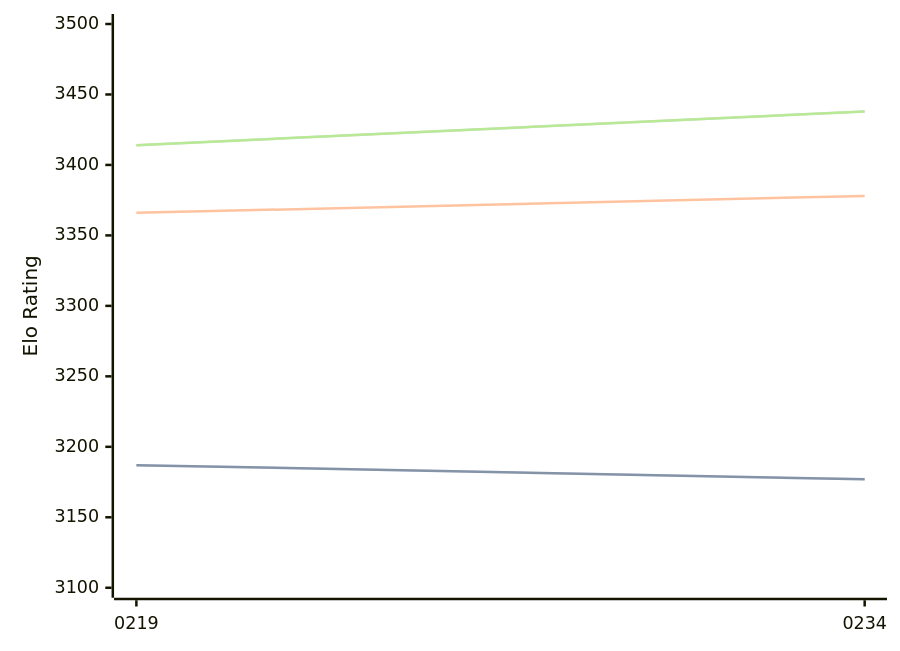
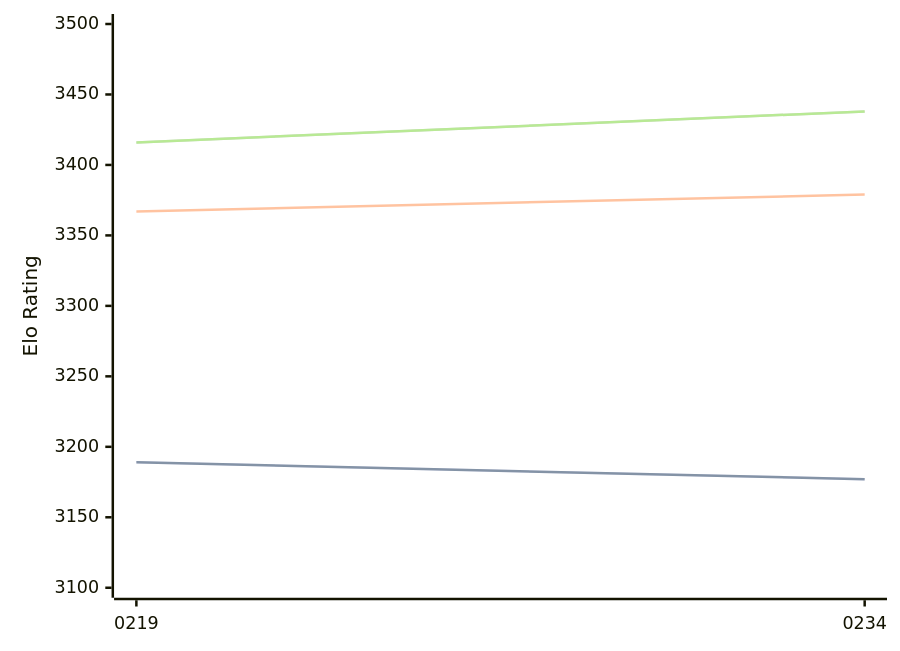
The diagram in engines/Ynode.md (computer-chess-index/cci), drawn with Mermaid before and after one commit. The commit also changed other lines of this file, not shown here.

Commit message:
Update CCI Ratings (ELO VLTC) - 2026-05-05

````diff
--- a/engines/Ynode.md
+++ b/engines/Ynode.md
@@ -39,11 +39,11 @@
 ```mermaid
 %%{init: {"theme":"base","themeVariables":{"seriesColors:['#a3a3a3','#222221','#faa371']}}}%%
 xychart-beta
   x-axis ["0219", "0234"]
   y-axis "Elo Rating" 3100 --> 3500
-  line "STC (8.0+0.08s)" [3187, 3177]
-  line "STC (8.0+0.08s)" [3187, 3177]
-  line "LTC (60.0+0.60s)" [3366, 3378]
-  line "VLTC (2m24s+1.12s)" [3414, 3438]
-  line "VLTC (2m24s+1.12s)" [3414, 3438]
+  line "STC (8.0+0.08s)" [3189, 3177]
+  line "STC (8.0+0.08s)" [3189, 3177]
+  line "LTC (60.0+0.60s)" [3367, 3379]
+  line "VLTC (2m24s+1.12s)" [3416, 3438]
+  line "VLTC (2m24s+1.12s)" [3416, 3438]
 ```
````
